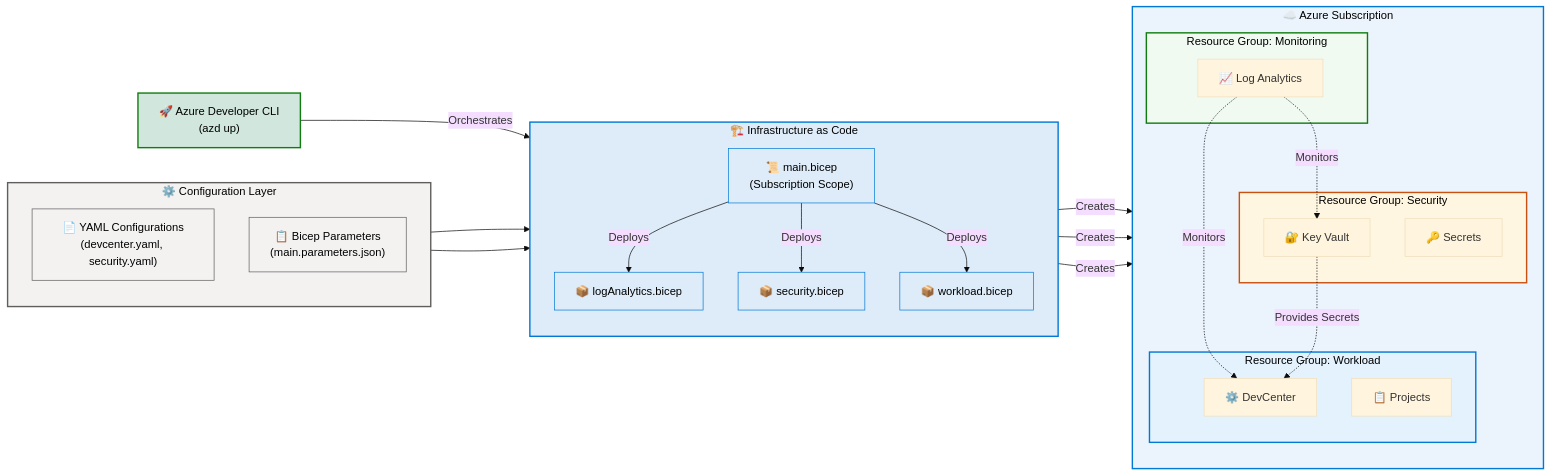
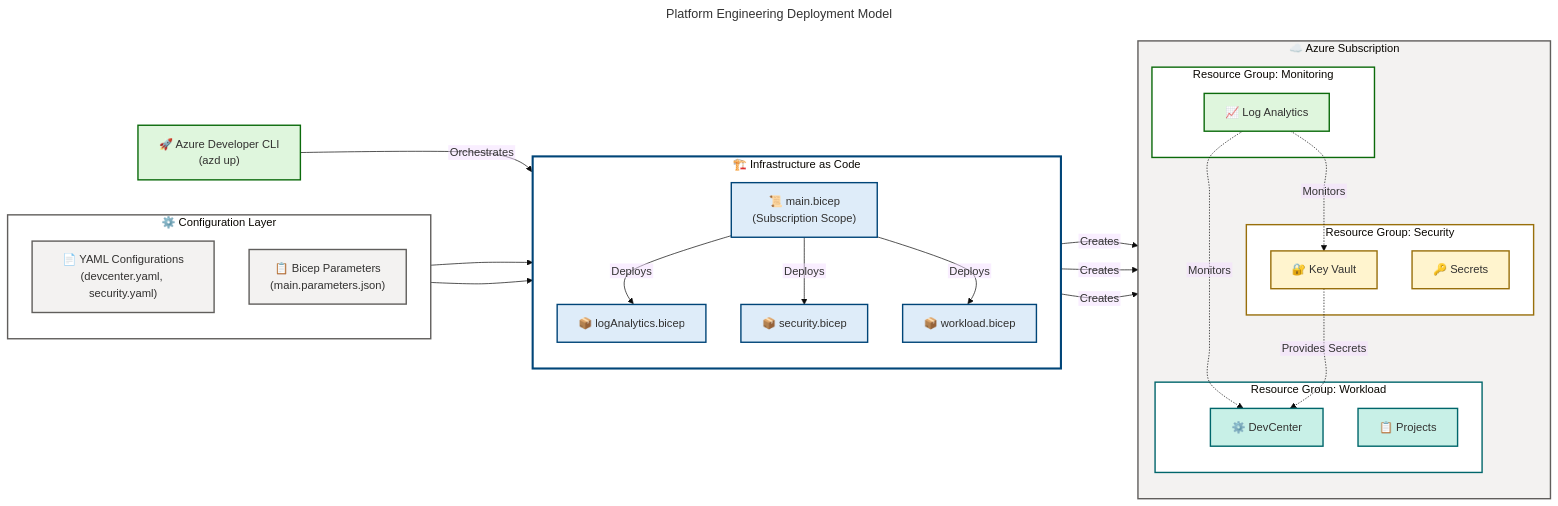
Before and after one commit to Evilazaro/DevExp-DevBox: the second of 4 diagrams in docs/architecture/Platform-Engineering-BDAT.md, drawn with Mermaid. The commit also changed other lines of this file, not shown here.

Commit message:
feat: enhance accessibility and styling of Platform Engineering architecture diagrams for compliance

````diff
--- a/docs/architecture/Platform-Engineering-BDAT.md
+++ b/docs/architecture/Platform-Engineering-BDAT.md
@@ -270,46 +287,69 @@
 ```mermaid
-%%{init: {'theme':'base'}}%%
+---
+title: Platform Engineering Deployment Model
+config:
+  theme: base
+  themeVariables:
+    fontSize: '16px'
+  flowchart:
+    htmlLabels: false
+    curve: cardinal
+    nodeSpacing: 50
+    rankSpacing: 50
+---
 flowchart LR
     accTitle: Platform Engineering Deployment Model
-    accDescr: Shows the Infrastructure as Code deployment flow from configuration files through Bicep templates to Azure resources across three landing zones
+    accDescr: Shows the Infrastructure as Code deployment flow from configuration files through Bicep templates to Azure resources across three landing zones with deployment orchestration. WCAG AA compliant.
 
-    %% Configuration Layer
+    %% ═══════════════════════════════════════════════════════════════════════════
+    %% AZURE / FLUENT ARCHITECTURE PATTERN v1.1
+    %% (Semantic + Structural + Font + Accessibility Governance)
+    %% ═══════════════════════════════════════════════════════════════════════════
+    %% PHASE 1 - STRUCTURAL: LR direction explicit, nested subgraphs for landing zones
+    %% PHASE 2 - SEMANTIC: 5 semantic colors with deployment stage justification:
+    %%   neutralGrey (#F3F2F1) = configuration inputs
+    %%   azureBlue (#DEECF9) = IaC orchestration layer
+    %%   presenceTeal (#C8F0E7) = workload landing zone
+    %%   sharedYellow (#FFF4CE) = security landing zone
+    %%   successGreen (#DFF6DD) = monitoring landing zone
+    %% PHASE 3 - FONT: Dark text #323130 on light backgrounds (WCAG AA 4.5:1 contrast)
+    %% PHASE 4 - ACCESSIBILITY: accTitle/accDescr present, all nodes have emoji icons
+    %% PHASE 5 - STANDARD: Nested subgraphs with semantic colors by function
+    %% ═══════════════════════════════════════════════════════════════════════════
+
     subgraph ConfigLayer["⚙️ Configuration Layer"]
         direction TB
-        YAMLConfig["📄 YAML Configurations<br/>(devcenter.yaml, security.yaml)"]
-        BicepParams["📋 Bicep Parameters<br/>(main.parameters.json)"]
+        YAMLConfig["📄 YAML Configurations<br/>(devcenter.yaml, security.yaml)"]:::neutralGrey
+        BicepParams["📋 Bicep Parameters<br/>(main.parameters.json)"]:::neutralGrey
     end
 
-    %% IaC Orchestration
     subgraph IaCLayer["🏗️ Infrastructure as Code"]
         direction TB
-        MainBicep["📜 main.bicep<br/>(Subscription Scope)"]
-        WorkloadModule["📦 workload.bicep"]
-        SecurityModule["📦 security.bicep"]
-        MonitoringModule["📦 logAnalytics.bicep"]
+        MainBicep["📜 main.bicep<br/>(Subscription Scope)"]:::azureBlue
+        WorkloadModule["📦 workload.bicep"]:::azureBlue
+        SecurityModule["📦 security.bicep"]:::azureBlue
+        MonitoringModule["📦 logAnalytics.bicep"]:::azureBlue
     end
 
-    %% Azure Target Environment
     subgraph AzureEnv["☁️ Azure Subscription"]
         direction TB
 
         subgraph WorkloadRG["Resource Group: Workload"]
-            DevCenterRes["⚙️ DevCenter"]
-            ProjectsRes["📋 Projects"]
+            DevCenterRes["⚙️ DevCenter"]:::presenceTeal
+            ProjectsRes["📋 Projects"]:::presenceTeal
         end
 
         subgraph SecurityRG["Resource Group: Security"]
-            KeyVaultRes["🔐 Key Vault"]
-            SecretsRes["🔑 Secrets"]
+            KeyVaultRes["🔐 Key Vault"]:::sharedYellow
+            SecretsRes["🔑 Secrets"]:::sharedYellow
         end
 
         subgraph MonitoringRG["Resource Group: Monitoring"]
-            LogAnalyticsRes["📈 Log Analytics"]
+            LogAnalyticsRes["📈 Log Analytics"]:::successGreen
         end
     end
 
-    %% Deployment Tool
-    AZD["🚀 Azure Developer CLI<br/>(azd up)"]
+    AZD["🚀 Azure Developer CLI<br/>(azd up)"]:::successGreen
 
     %% Relationships
     ConfigLayer --> MainBicep
@@ -328,21 +368,27 @@
     LogAnalyticsRes -.->|"Monitors"| DevCenterRes
     KeyVaultRes -.->|"Provides Secrets"| DevCenterRes
 
-    %% Styling
-    style ConfigLayer fill:#F3F2F1,stroke:#605E5C,stroke-width:2px,color:#000
-    style IaCLayer fill:#DEECF9,stroke:#0078D4,stroke-width:2px,color:#000
-    style AzureEnv fill:#EBF3FC,stroke:#0078D4,stroke-width:2px,color:#000
+    %% Required classDef palette (ALL 14 - MANDATORY per MRM-D002)
+    classDef level1Group fill:#FFFFFF,stroke:#605E5C,stroke-width:3px,color:#323130
+    classDef level2Group fill:#F3F2F1,stroke:#605E5C,stroke-width:2px,color:#323130
+    classDef level3Group fill:#E1DFDD,stroke:#605E5C,stroke-width:2px,color:#323130
+    classDef level4Group fill:#D2D0CE,stroke:#605E5C,stroke-width:1px,color:#323130
+    classDef mainGroup fill:#FFFFFF,stroke:#605E5C,stroke-width:3px,color:#323130
+    classDef subGroup fill:#F3F2F1,stroke:#605E5C,stroke-width:2px,color:#323130
+    classDef azureBlue fill:#DEECF9,stroke:#004578,stroke-width:2px,color:#323130
+    classDef successGreen fill:#DFF6DD,stroke:#0B6A0B,stroke-width:2px,color:#323130
+    classDef errorRed fill:#FDE7E9,stroke:#A4262C,stroke-width:2px,color:#323130
+    classDef sharedYellow fill:#FFF4CE,stroke:#986F0B,stroke-width:2px,color:#323130
+    classDef warningOrange fill:#FDE7E9,stroke:#8A3707,stroke-width:2px,color:#323130
+    classDef neutralPurple fill:#E1DFDD,stroke:#5B5FC7,stroke-width:2px,color:#323130
+    classDef presenceTeal fill:#C8F0E7,stroke:#00666B,stroke-width:2px,color:#323130
+    classDef neutralGrey fill:#F3F2F1,stroke:#605E5C,stroke-width:2px,color:#323130
 
-    style WorkloadRG fill:#E3F2FD,stroke:#0078D4,stroke-width:2px,color:#000
-    style SecurityRG fill:#FEF6E0,stroke:#CA5010,stroke-width:2px,color:#000
-    style MonitoringRG fill:#F1FAF1,stroke:#107C10,stroke-width:2px,color:#000
-
-    style MainBicep fill:#DEECF9,stroke:#0078D4,stroke-width:1px,color:#000
-    style WorkloadModule fill:#DEECF9,stroke:#0078D4,stroke-width:1px,color:#000
-    style SecurityModule fill:#DEECF9,stroke:#0078D4,stroke-width:1px,color:#000
-    style MonitoringModule fill:#DEECF9,stroke:#0078D4,stroke-width:1px,color:#000
-
-    style YAMLConfig fill:#F3F2F1,stroke:#605E5C,stroke-width:1px,color:#000
-    style BicepParams fill:#F3F2F1,stroke:#605E5C,stroke-width:1px,color:#000
-    style AZD fill:#D1E7DD,stroke:#107C10,stroke-width:2px,color:#000
+    %% Subgraph styling (7 subgraphs = 7 style directives) - MANDATORY per GATE-2
+    style ConfigLayer fill:#FFFFFF,stroke:#605E5C,stroke-width:2px
+    style IaCLayer fill:#FFFFFF,stroke:#004578,stroke-width:3px
+    style AzureEnv fill:#F3F2F1,stroke:#605E5C,stroke-width:2px
+    style WorkloadRG fill:#FFFFFF,stroke:#00666B,stroke-width:2px
+    style SecurityRG fill:#FFFFFF,stroke:#986F0B,stroke-width:2px
+    style MonitoringRG fill:#FFFFFF,stroke:#0B6A0B,stroke-width:2px
 ```
````
